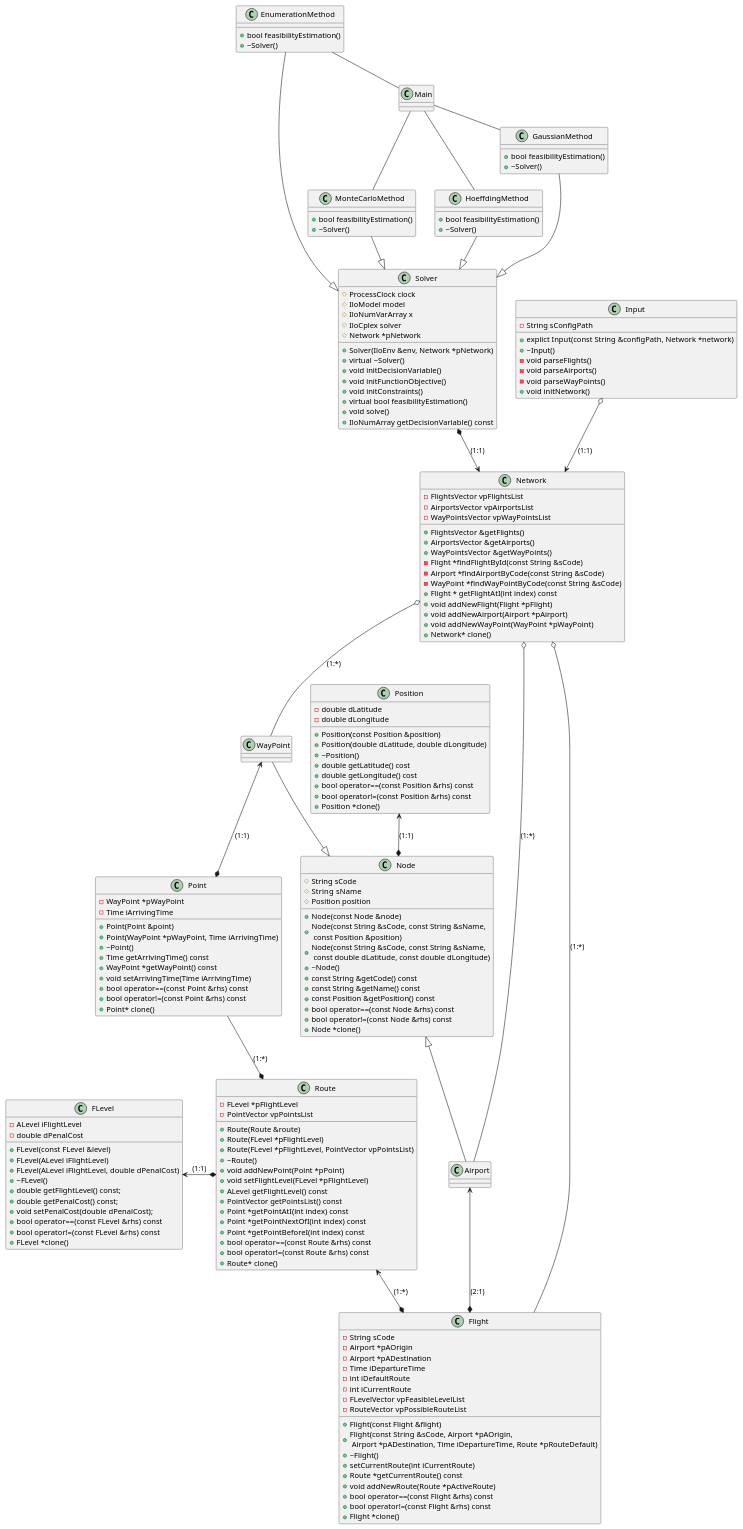
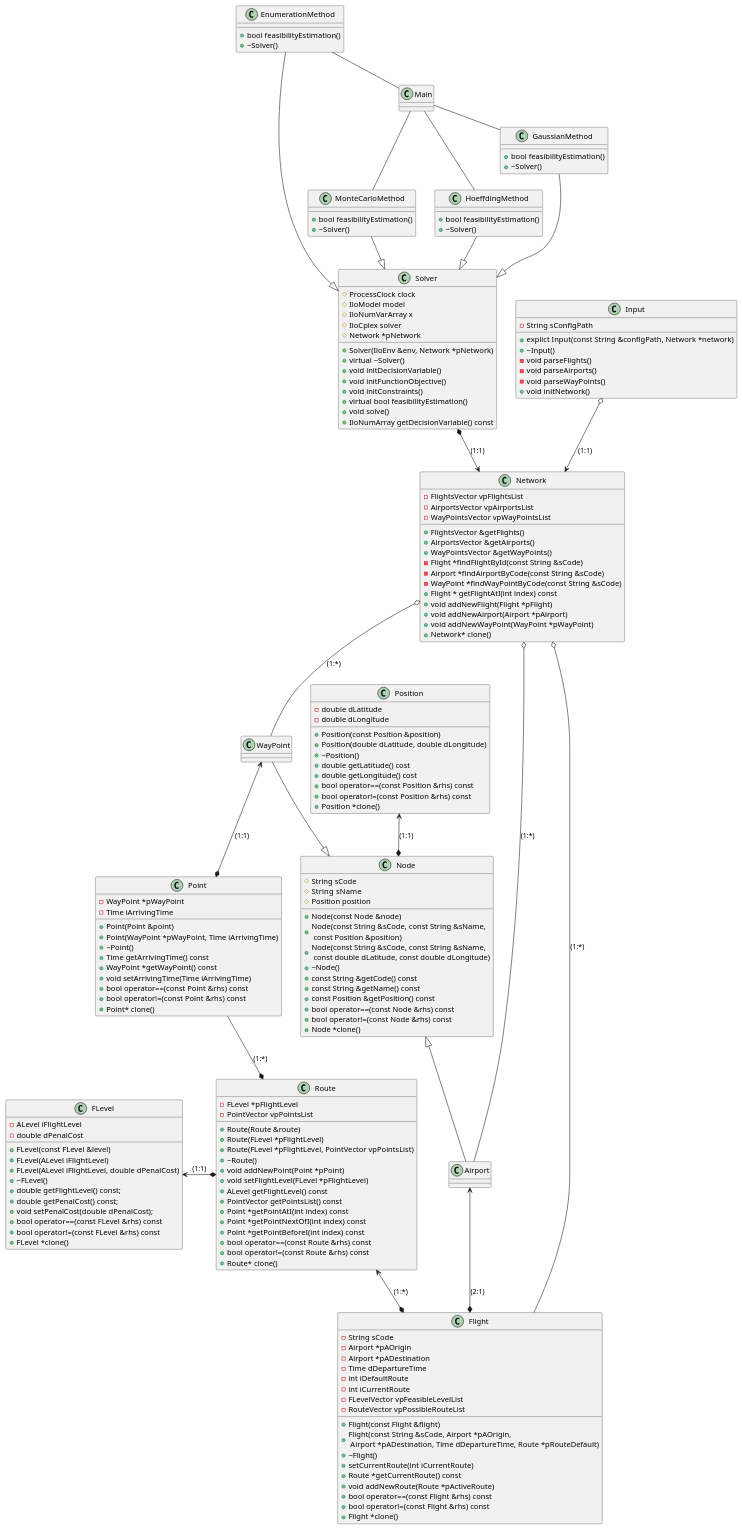
Before and after one commit to martinWANG2014/RobustFLA: the diagram in uml/ClassDiagram_RobustFLA.puml, drawn with PlantUML. The commit also changed 16 other files, not shown here.

```diff
--- a/uml/ClassDiagram_RobustFLA.puml
+++ b/uml/ClassDiagram_RobustFLA.puml
@@ -1,193 +1,193 @@
 @startuml
 
 class Input{
     -String sConfigPath
     +explict Input(const String &configPath, Network *network)
     +~Input()
     -void parseFlights()
     -void parseAirports()
     -void parseWayPoints()
     +void initNetwork()
 }
 class Network{
     -FlightsVector vpFlightsList
     -AirportsVector vpAirportsList
     -WayPointsVector vpWayPointsList
     +FlightsVector &getFlights()
     +AirportsVector &getAirports()
     +WayPointsVector &getWayPoints()
     -Flight *findFlightById(const String &sCode)
     -Airport *findAirportByCode(const String &sCode)
     -WayPoint *findWayPointByCode(const String &sCode)
     +Flight * getFlightAtI(int index) const
     +void addNewFlight(Flight *pFlight)
     +void addNewAirport(Airport *pAirport)
     +void addNewWayPoint(WayPoint *pWayPoint)
     +Network* clone()
 }
 class Position{
     -double dLatitude
     -double dLongitude
     +Position(const Position &position)
     +Position(double dLatitude, double dLongitude)
     +~Position()
     +double getLatitude() cost
     +double getLongitude() cost
     +bool operator==(const Position &rhs) const
     +bool operator!=(const Position &rhs) const
     +Position *clone()
 }
 class Node{
     #String sCode
     #String  sName
     #Position position
     +Node(const Node &node)
     +Node(const String &sCode, const String &sName, \n const Position &position)
     +Node(const String &sCode, const String &sName, \n const double dLatitude, const double dLongitude)
     +~Node()
     +const String &getCode() const
     +const String &getName() const
     +const Position &getPosition() const
     +bool operator==(const Node &rhs) const
     +bool operator!=(const Node &rhs) const
     +Node *clone()
 }
 class FLevel{
     -ALevel iFlightLevel
     -double dPenalCost
     +FLevel(const FLevel &level)
     +FLevel(ALevel iFlightLevel)
     +FLevel(ALevel iFlightLevel, double dPenalCost)
     +~FLevel()
     +double getFlightLevel() const;
     +double getPenalCost() const;
     +void setPenalCost(double dPenalCost);
     +bool operator==(const FLevel &rhs) const
     +bool operator!=(const FLevel &rhs) const
     +FLevel *clone()
 }
 class Flight{
     -String sCode
     -Airport *pAOrigin
     -Airport *pADestination
-    -Time iDepartureTime
+    -Time dDepartureTime
     -int iDefaultRoute
     -int iCurrentRoute
     -FLevelVector vpFeasibleLevelList
     -RouteVector vpPossibleRouteList
     +Flight(const Flight &flight)
-    +Flight(const String &sCode, Airport *pAOrigin, \n Airport *pADestination, Time iDepartureTime, Route *pRouteDefault)
+    +Flight(const String &sCode, Airport *pAOrigin, \n Airport *pADestination, Time dDepartureTime, Route *pRouteDefault)
     +~Flight()
     +setCurrentRoute(int iCurrentRoute)
     +Route *getCurrentRoute() const
     +void addNewRoute(Route *pActiveRoute)
     +bool operator==(const Flight &rhs) const
     +bool operator!=(const Flight &rhs) const
     +Flight *clone()
 }
 class Point{
     -WayPoint *pWayPoint
     -Time iArrivingTime
     +Point(Point &point)
     +Point(WayPoint *pWayPoint, Time iArrivingTime)
     +~Point()
     +Time getArrivingTime() const
     +WayPoint *getWayPoint() const
     +void setArrivingTime(Time iArrivingTime)
     +bool operator==(const Point &rhs) const
     +bool operator!=(const Point &rhs) const
     +Point* clone()
 }
 class Route{
     -FLevel *pFlightLevel
     -PointVector vpPointsList
     +Route(Route &route)
     +Route(FLevel *pFlightLevel)
     +Route(FLevel *pFlightLevel, PointVector vpPointsList)
     +~Route()
     +void addNewPoint(Point *pPoint)
     +void setFlightLevel(FLevel *pFlightLevel)
     +ALevel getFlightLevel() const
     +PointVector getPointsList() const
     +Point *getPointAtI(int index) const
     +Point *getPointNextOfI(int index) const
     +Point *getPointBeforeI(int index) const
     +bool operator==(const Route &rhs) const
     +bool operator!=(const Route &rhs) const
     +Route* clone()
 }
 
 class Solver{
     #ProcessClock clock
     #IloModel model
     #IloNumVarArray x
     #IloCplex solver
     #Network *pNetwork
     +Solver(IloEnv &env, Network *pNetwork)
     +virtual ~Solver()
     +void initDecisionVariable()
     +void initFunctionObjective()
     +void initConstraints()
     +virtual bool feasibilityEstimation()
     +void solve()
     +IloNumArray getDecisionVariable() const
 }
 class MonteCarloMethod{
     +bool feasibilityEstimation()
     +~Solver()
 }
 class HoeffdingMethod{
     +bool feasibilityEstimation()
     +~Solver()
 }
 class EnumerationMethod{
     +bool feasibilityEstimation()
     +~Solver()
 }
 class GaussianMethod{
     +bool feasibilityEstimation()
     +~Solver()
 }
 Airport -u-|> Node
 WayPoint --|> Node
 Route *-u- Point:(1:*)
 Route *-l-> FLevel:(1:1)
 Point *-u->WayPoint:(1:1)
 Flight *-u->Route:(1:*)
 Flight *-l->Airport:(2:1)
 Node *-u->Position:(1:1)
 Input o-->Network:(1:1)
 Network o--Flight:(1:*)
 Network o-d-Airport:(1:*)
 Network o--WayPoint:(1:*)
 Solver *-->Network:(1:1)
 MonteCarloMethod --|> Solver
 HoeffdingMethod --|> Solver
 EnumerationMethod --|> Solver
 GaussianMethod -r-|> Solver
 Main -d- MonteCarloMethod
 Main -d- HoeffdingMethod
 Main -u- EnumerationMethod
 Main -r- GaussianMethod
 'Airport --|> Node
 'WayPoint --|> Node
 'Route *-- Point:(1:*)
 'Route *--> FLevel:(1:1)
 'Point *-u->WayPoint:(1:1)
 'Flight *-->Route:(1:*)
 'Flight *-->Airport:(1:2)
 'Node *-->Position:(1:1)
 'Input o-->Network:(1:1)
 'Network o-r-Flight:(1:*)
 'Network o--Airport:(1:*)
 'Network o-l-WayPoint:(*:1)
 'Solver *-->Network:(1:1)
 'MonteCarloMethod --|> Solver
 'HoeffdingMethod --|> Solver
 'EnumerationMethod --|> Solver
 'GaussianMethod --|> Solver
 'Main -- MonteCarloMethod
 'Main -- HoeffdingMethod
 'Main -- EnumerationMethod
 'Main -- GaussianMethod
 @enduml
```
